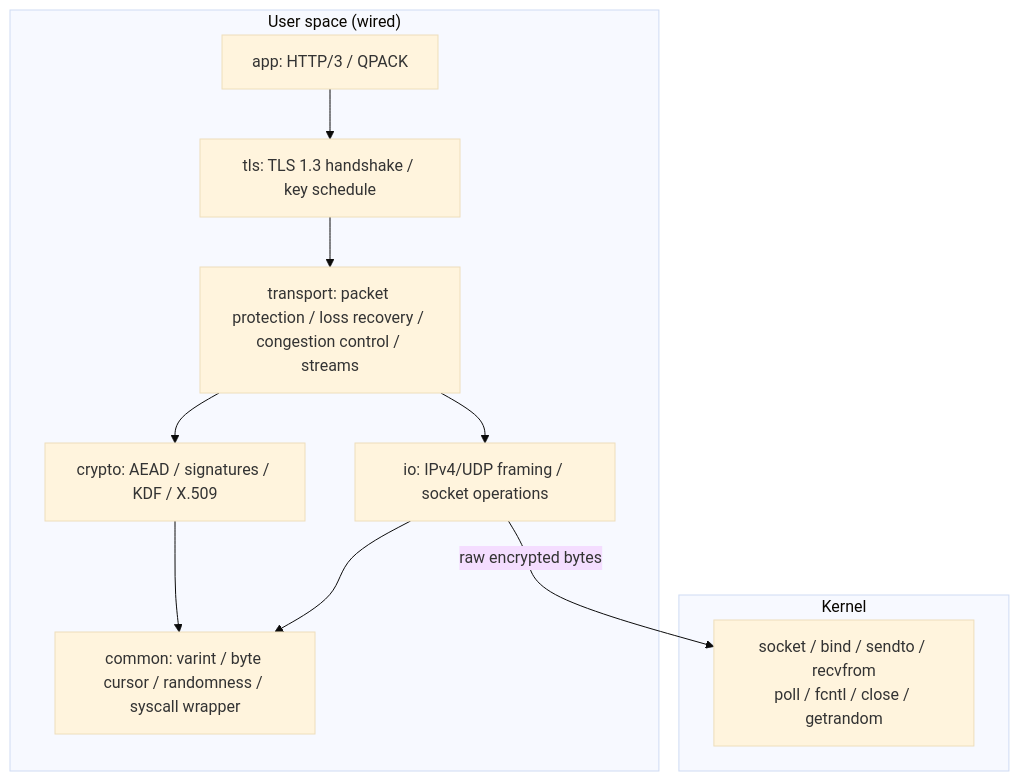
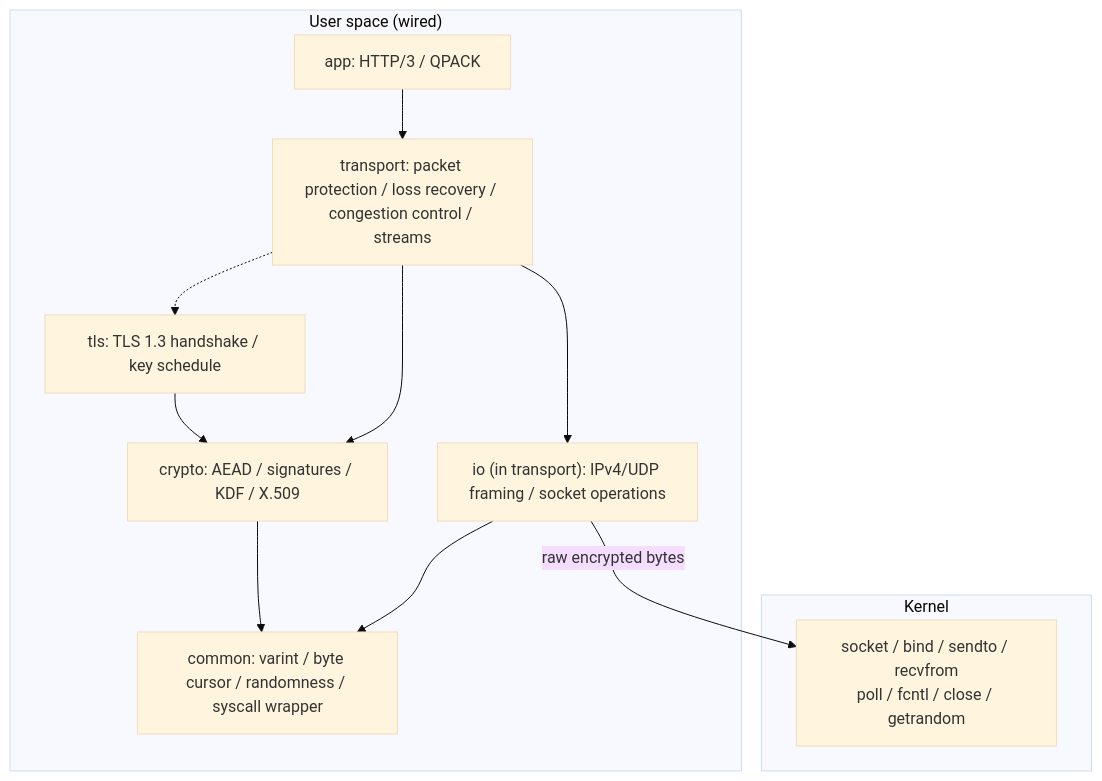
One commit to Hakkadaikon/wired changed the first of 5 diagrams in docs/arch/overview.md. Above: the diagram before and after it, drawn with Mermaid (base theme).

Commit message:
docs(arch): make the overview diagram match the real layer dependencies
The first diagram chained app -> tls -> transport -> crypto -> common,
contradicting the dependency graph later in the same page and in
layers.md: app depends on transport (not tls), and transport -> tls is
the documented exception, not the main flow. Also label io as living
inside transport, matching the five-layer table.

````diff
--- a/docs/arch/overview.md
+++ b/docs/arch/overview.md
@@ -24,18 +24,21 @@
 ```mermaid
 flowchart TB
     subgraph US["User space (wired)"]
         APP["app: HTTP/3 / QPACK"]
         TLS["tls: TLS 1.3 handshake / key schedule"]
         TRANSPORT["transport: packet protection / loss recovery / congestion control / streams"]
         CRYPTO["crypto: AEAD / signatures / KDF / X.509"]
         COMMON["common: varint / byte cursor / randomness / syscall wrapper"]
-        IO["io: IPv4/UDP framing / socket operations"]
-        APP --> TLS --> TRANSPORT --> CRYPTO --> COMMON
+        IO["io (in transport): IPv4/UDP framing / socket operations"]
+        APP --> TRANSPORT
+        TRANSPORT -.-> TLS
+        TLS --> CRYPTO
+        TRANSPORT --> CRYPTO --> COMMON
         TRANSPORT --> IO
         IO --> COMMON
     end
     subgraph K["Kernel"]
         SC["socket / bind / sendto / recvfrom<br/>poll / fcntl / close / getrandom"]
     end
     IO -- "raw encrypted bytes" --> SC
 ```
````
